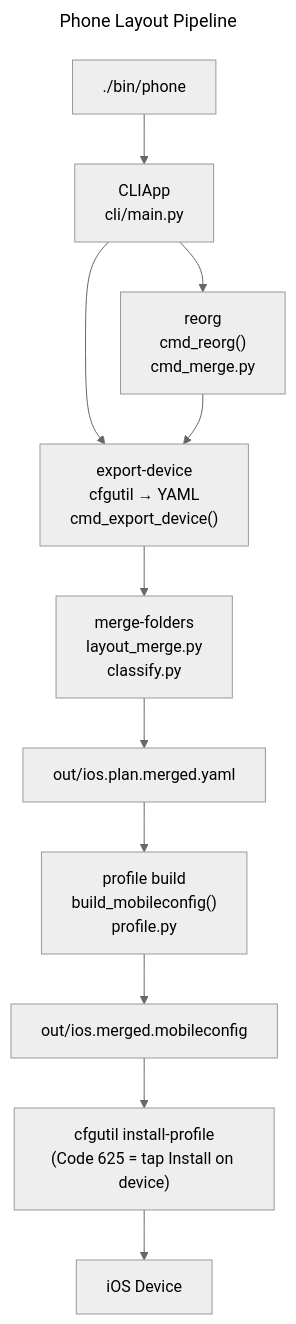
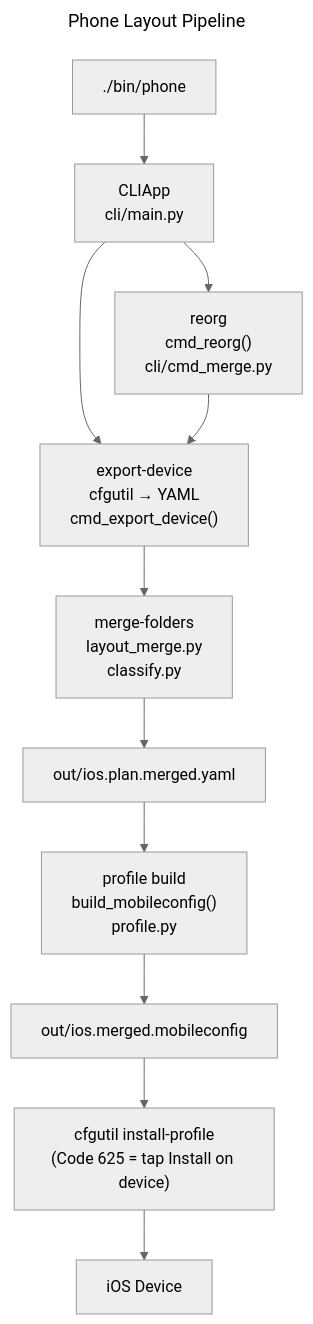
Before and after one commit to dancing-bear-show/dancing-bear: the diagram in src/phone/README.md, drawn with Mermaid (neutral theme). The commit also changed 5 other files, not shown here.

First line of the commit message:
docs: fix 10 diagram inaccuracies found sweeping the remaining 17 blocks

````diff
--- a/src/phone/README.md
+++ b/src/phone/README.md
@@ -9,27 +9,27 @@
 ```mermaid
 ---
 title: Phone Layout Pipeline
 ---
 flowchart TB
     cli["./bin/phone"]
     app["CLIApp\ncli/main.py"]
     export_dev["export-device\ncfgutil → YAML\ncmd_export_device()"]
     merge["merge-folders\nlayout_merge.py\nclassify.py"]
     plan_yaml["out/ios.plan.merged.yaml"]
     profile_build["profile build\nbuild_mobileconfig()\nprofile.py"]
     mobileconfig["out/ios.merged.mobileconfig"]
     install["cfgutil install-profile\n(Code 625 = tap Install on device)"]
     device["iOS Device"]
-    reorg["reorg\ncmd_reorg()\ncmd_merge.py"]
+    reorg["reorg\ncmd_reorg()\ncli/cmd_merge.py"]
 
     cli --> app
     app --> export_dev
     app --> reorg
     reorg --> export_dev
     export_dev --> merge
     merge --> plan_yaml
     plan_yaml --> profile_build
     profile_build --> mobileconfig
     mobileconfig --> install
     install --> device
 ```
````
